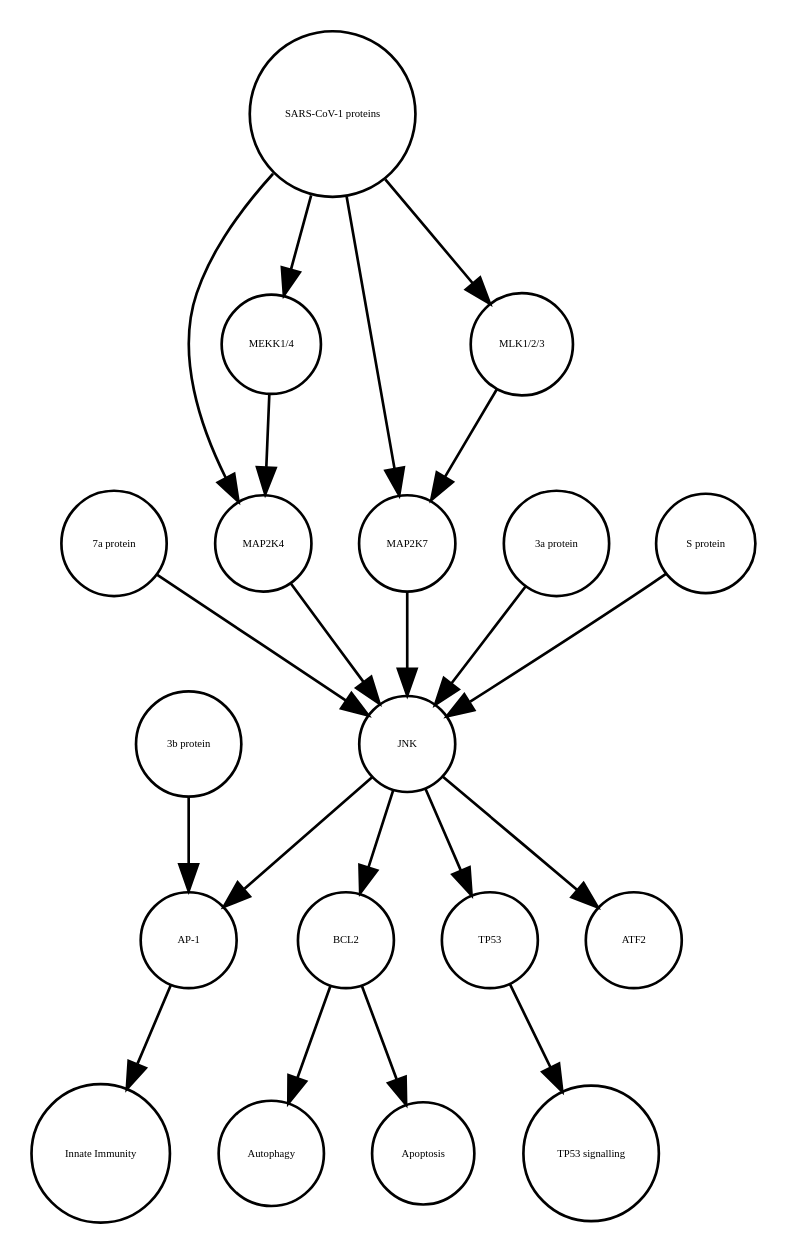
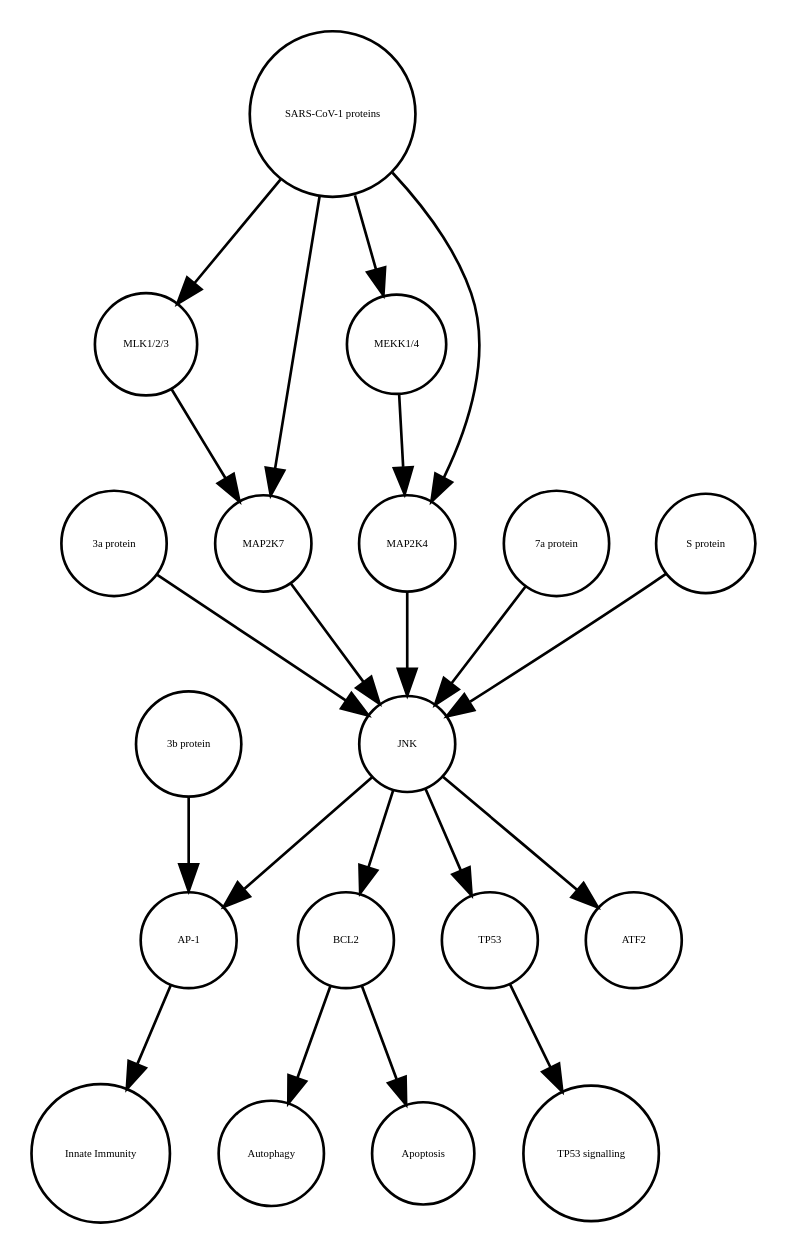
The diagram in JNK_pathway_v2.1.xml_projected.dot (cannin/covid19-sbgn), drawn with Graphviz before and after one commit. The commit also changed other lines of this file and 637 other files, not shown here.

```diff
--- a/JNK_pathway_v2.1.xml_projected.dot
+++ b/JNK_pathway_v2.1.xml_projected.dot
@@ -1,40 +1,40 @@
 strict digraph  {
 BCL2 [annotation=urn_miriam_uniprot_P10415, bipartite=0, cls=macromolecule, fontsize=4, label=BCL2, shape=circle];
 Autophagy [annotation="", bipartite=0, cls=phenotype, fontsize=4, label=Autophagy, shape=circle];
 "AP-1" [annotation="", bipartite=0, cls=complex, fontsize=4, label="AP-1", shape=circle];
 "Innate Immunity" [annotation="", bipartite=0, cls=phenotype, fontsize=4, label="Innate Immunity", shape=circle];
 TP53 [annotation=urn_miriam_uniprot_P04637, bipartite=0, cls=macromolecule, fontsize=4, label=TP53, shape=circle];
 "TP53 signalling" [annotation="", bipartite=0, cls=phenotype, fontsize=4, label="TP53 signalling", shape=circle];
 Apoptosis [annotation="", bipartite=0, cls=phenotype, fontsize=4, label=Apoptosis, shape=circle];
+"SARS-CoV-1 proteins" [annotation="", bipartite=0, cls=complex, fontsize=4, label="SARS-CoV-1 proteins", shape=circle];
+"MLK1/2/3" [annotation="", bipartite=0, cls=complex, fontsize=4, label="MLK1/2/3", shape=circle];
+JNK [annotation="", bipartite=0, cls=complex, fontsize=4, label=JNK, shape=circle];
+"3a protein" [annotation="", bipartite=0, cls=macromolecule, fontsize=4, label="3a protein", shape=circle];
+ATF2 [annotation=urn_miriam_uniprot_P15336, bipartite=0, cls=macromolecule, fontsize=4, label=ATF2, shape=circle];
+MAP2K7 [annotation=urn_miriam_uniprot_O14733, bipartite=0, cls=macromolecule, fontsize=4, label=MAP2K7, shape=circle];
+"3b protein" [annotation="", bipartite=0, cls=macromolecule, fontsize=4, label="3b protein", shape=circle];
+"MEKK1/4" [annotation="", bipartite=0, cls=complex, fontsize=4, label="MEKK1/4", shape=circle];
 "7a protein" [annotation="", bipartite=0, cls=macromolecule, fontsize=4, label="7a protein", shape=circle];
+"S protein" [annotation="", bipartite=0, cls=macromolecule, fontsize=4, label="S protein", shape=circle];
 MAP2K4 [annotation=urn_miriam_uniprot_P45985, bipartite=0, cls=macromolecule, fontsize=4, label=MAP2K4, shape=circle];
-"SARS-CoV-1 proteins" [annotation="", bipartite=0, cls=complex, fontsize=4, label="SARS-CoV-1 proteins", shape=circle];
-MAP2K7 [annotation=urn_miriam_uniprot_O14733, bipartite=0, cls=macromolecule, fontsize=4, label=MAP2K7, shape=circle];
-"3a protein" [annotation="", bipartite=0, cls=macromolecule, fontsize=4, label="3a protein", shape=circle];
-"MLK1/2/3" [annotation="", bipartite=0, cls=complex, fontsize=4, label="MLK1/2/3", shape=circle];
-"MEKK1/4" [annotation="", bipartite=0, cls=complex, fontsize=4, label="MEKK1/4", shape=circle];
-JNK [annotation="", bipartite=0, cls=complex, fontsize=4, label=JNK, shape=circle];
-"3b protein" [annotation="", bipartite=0, cls=macromolecule, fontsize=4, label="3b protein", shape=circle];
-"S protein" [annotation="", bipartite=0, cls=macromolecule, fontsize=4, label="S protein", shape=circle];
-ATF2 [annotation=urn_miriam_uniprot_P15336, bipartite=0, cls=macromolecule, fontsize=4, label=ATF2, shape=circle];
 BCL2 -> Autophagy  [annotation="", interaction_type="necessary stimulation"];
 BCL2 -> Apoptosis  [annotation="", interaction_type=inhibition];
 "AP-1" -> "Innate Immunity"  [annotation="", interaction_type="necessary stimulation"];
 TP53 -> "TP53 signalling"  [annotation="", interaction_type="necessary stimulation"];
+"SARS-CoV-1 proteins" -> MAP2K4  [annotation="urn_miriam_pubmed_31226023|urn_miriam_taxonomy_694009", interaction_type=stimulation];
+"SARS-CoV-1 proteins" -> MAP2K7  [annotation="urn_miriam_pubmed_31226023|urn_miriam_taxonomy_694009", interaction_type=stimulation];
+"SARS-CoV-1 proteins" -> "MEKK1/4"  [annotation="urn_miriam_pubmed_31226023|urn_miriam_taxonomy_694009", interaction_type=stimulation];
+"SARS-CoV-1 proteins" -> "MLK1/2/3"  [annotation="urn_miriam_taxonomy_694009|urn_miriam_pubmed_31226023", interaction_type=stimulation];
+"MLK1/2/3" -> MAP2K7  [annotation="urn_miriam_pubmed_31226023|urn_miriam_taxonomy_694009", interaction_type=stimulation];
+JNK -> TP53  [annotation="", interaction_type=stimulation];
+JNK -> "AP-1"  [annotation=urn_miriam_pubmed_21561061, interaction_type=stimulation];
+JNK -> BCL2  [annotation=urn_miriam_pubmed_10567572, interaction_type=stimulation];
+JNK -> ATF2  [annotation="", interaction_type=stimulation];
+"3a protein" -> JNK  [annotation=urn_miriam_pubmed_17141229, interaction_type=stimulation];
+MAP2K7 -> JNK  [annotation=urn_miriam_pubmed_17141229, interaction_type=stimulation];
+"3b protein" -> "AP-1"  [annotation=urn_miriam_pubmed_21561061, interaction_type=stimulation];
+"MEKK1/4" -> MAP2K4  [annotation="urn_miriam_pubmed_31226023|urn_miriam_taxonomy_694009", interaction_type=stimulation];
 "7a protein" -> JNK  [annotation=urn_miriam_pubmed_17141229, interaction_type=stimulation];
+"S protein" -> JNK  [annotation=urn_miriam_pubmed_17267381, interaction_type=stimulation];
 MAP2K4 -> JNK  [annotation=urn_miriam_pubmed_17141229, interaction_type=stimulation];
-"SARS-CoV-1 proteins" -> MAP2K7  [annotation="urn_miriam_pubmed_31226023|urn_miriam_taxonomy_694009", interaction_type=stimulation];
-"SARS-CoV-1 proteins" -> "MLK1/2/3"  [annotation="urn_miriam_taxonomy_694009|urn_miriam_pubmed_31226023", interaction_type=stimulation];
-"SARS-CoV-1 proteins" -> MAP2K4  [annotation="urn_miriam_pubmed_31226023|urn_miriam_taxonomy_694009", interaction_type=stimulation];
-"SARS-CoV-1 proteins" -> "MEKK1/4"  [annotation="urn_miriam_pubmed_31226023|urn_miriam_taxonomy_694009", interaction_type=stimulation];
-MAP2K7 -> JNK  [annotation=urn_miriam_pubmed_17141229, interaction_type=stimulation];
-"3a protein" -> JNK  [annotation=urn_miriam_pubmed_17141229, interaction_type=stimulation];
-"MLK1/2/3" -> MAP2K7  [annotation="urn_miriam_pubmed_31226023|urn_miriam_taxonomy_694009", interaction_type=stimulation];
-"MEKK1/4" -> MAP2K4  [annotation="urn_miriam_pubmed_31226023|urn_miriam_taxonomy_694009", interaction_type=stimulation];
-JNK -> "AP-1"  [annotation=urn_miriam_pubmed_21561061, interaction_type=stimulation];
-JNK -> ATF2  [annotation="", interaction_type=stimulation];
-JNK -> TP53  [annotation="", interaction_type=stimulation];
-JNK -> BCL2  [annotation=urn_miriam_pubmed_10567572, interaction_type=stimulation];
-"3b protein" -> "AP-1"  [annotation=urn_miriam_pubmed_21561061, interaction_type=stimulation];
-"S protein" -> JNK  [annotation=urn_miriam_pubmed_17267381, interaction_type=stimulation];
 }
```
